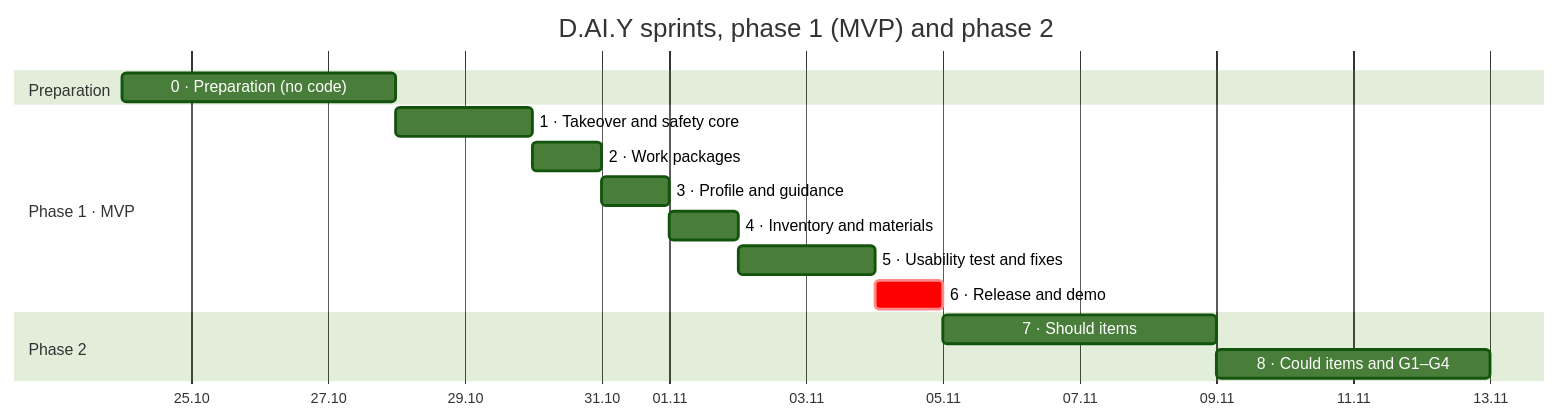
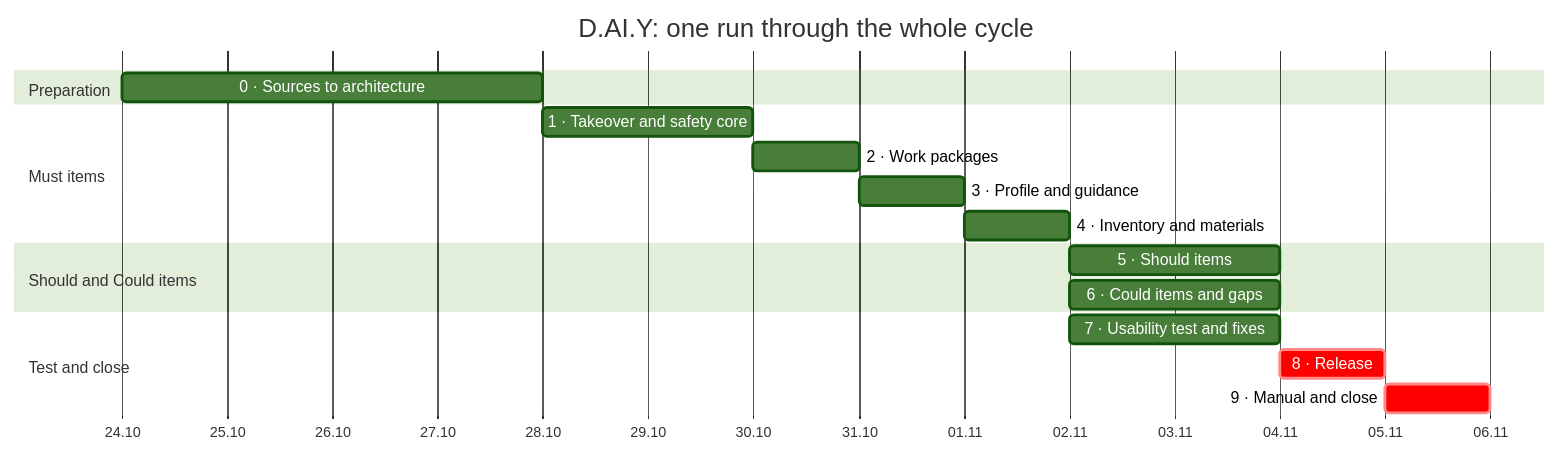
One commit to mrh421/Applied_AI_DAIY changed the diagram in docs/Implementation_Plan_EN.md. Above: the diagram before and after it, drawn with Mermaid (forest theme). The commit also changed other lines of this file, not shown here.

First line of the commit message:
Plan one run through the whole cycle until 05.11

````diff
--- a/docs/Implementation_Plan_EN.md
+++ b/docs/Implementation_Plan_EN.md
@@ -66,18 +104,20 @@
 ```mermaid
 gantt
-    title D.AI.Y sprints, phase 1 (MVP) and phase 2
+    title D.AI.Y: one run through the whole cycle
     dateFormat YYYY-MM-DD
     axisFormat %d.%m
     section Preparation
-    0 · Preparation (no code)    :s0, 2026-10-24, 4d
-    section Phase 1 · MVP
-    1 · Takeover and safety core :s1, 2026-10-28, 2d
-    2 · Work packages            :s2, 2026-10-30, 1d
-    3 · Profile and guidance     :s3, 2026-10-31, 1d
-    4 · Inventory and materials  :s4, 2026-11-01, 1d
-    5 · Usability test and fixes :s5, 2026-11-02, 2d
-    6 · Release and demo         :crit, s6, 2026-11-04, 1d
-    section Phase 2
-    7 · Should items             :s7, 2026-11-05, 4d
-    8 · Could items and G1–G4    :s8, after s7, 4d
+    0 · Sources to architecture   :s0, 2026-10-24, 4d
+    section Must items
+    1 · Takeover and safety core  :s1, 2026-10-28, 2d
+    2 · Work packages             :s2, 2026-10-30, 1d
+    3 · Profile and guidance      :s3, 2026-10-31, 1d
+    4 · Inventory and materials   :s4, 2026-11-01, 1d
+    section Should and Could items
+    5 · Should items              :s5, 2026-11-02, 2d
+    6 · Could items and gaps      :s6, 2026-11-02, 2d
+    section Test and close
+    7 · Usability test and fixes  :s7, 2026-11-02, 2d
+    8 · Release                   :crit, s8, 2026-11-04, 1d
+    9 · Manual and close          :crit, s9, 2026-11-05, 1d
 ```
````
